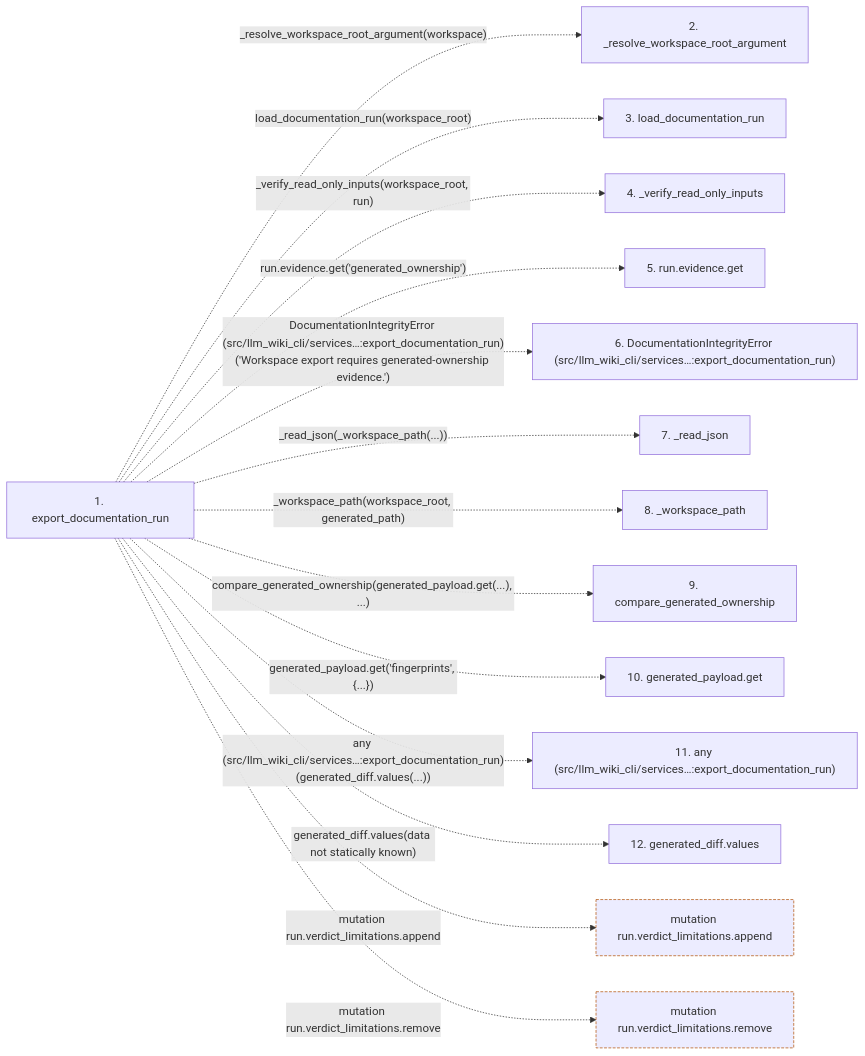
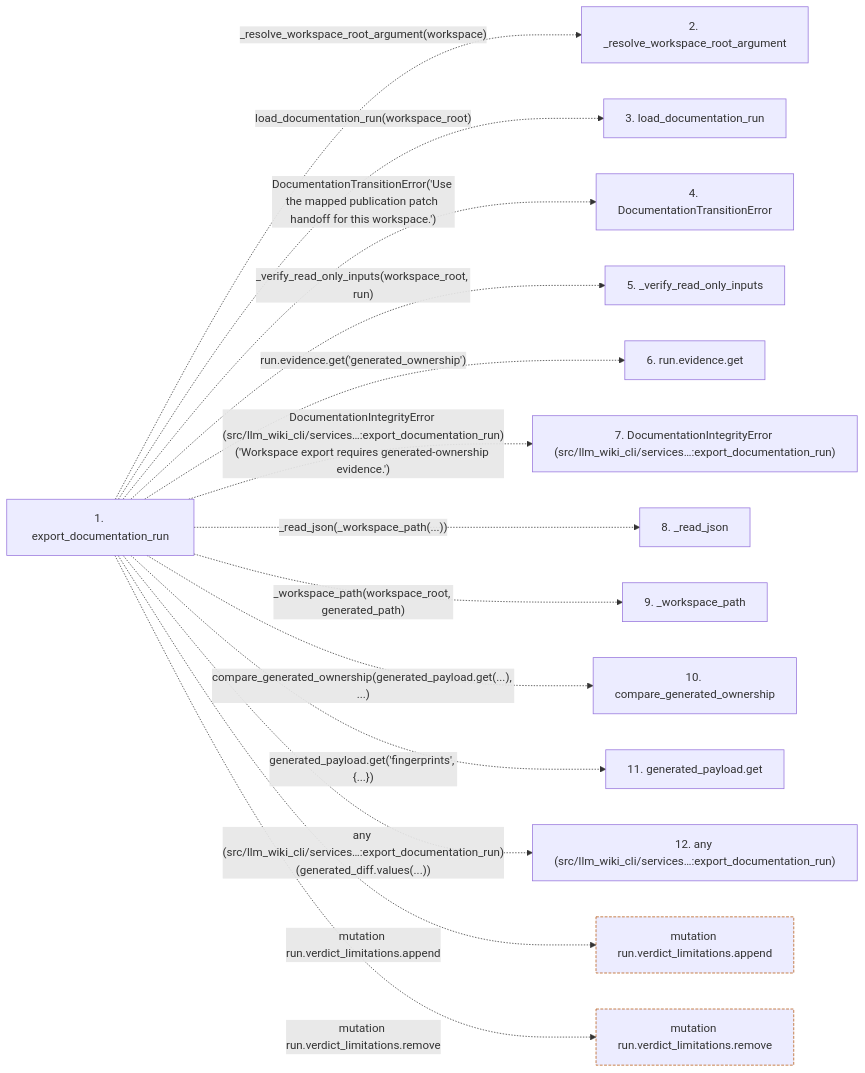
One commit to Denissvgn/python-wiki-llm changed the second of 2 diagrams in docs/llm_wiki/flows/api-export_documentation_run-export.md. Above: the diagram before and after it, drawn with Mermaid. The commit also changed other lines of this file and 375 other files, not shown here.

Commit message:
feat: propose independently reviewed patches for mapped wiki documentation

````diff
--- a/docs/llm_wiki/flows/api-export_documentation_run-export.md
+++ b/docs/llm_wiki/flows/api-export_documentation_run-export.md
@@ -143,34 +143,34 @@
 ```mermaid
 flowchart LR
     s1["1. export_documentation_run"]
     s2["2. _resolve_workspace_root_argument"]
     s3["3. load_documentation_run"]
-    s4["4. _verify_read_only_inputs"]
-    s5["5. run.evidence.get"]
-    s6["6. DocumentationIntegrityError (src/llm_wiki_cli/services…:export_documentation_run)"]
-    s7["7. _read_json"]
-    s8["8. _workspace_path"]
-    s9["9. compare_generated_ownership"]
-    s10["10. generated_payload.get"]
-    s11["11. any (src/llm_wiki_cli/services…:export_documentation_run)"]
-    s12["12. generated_diff.values"]
+    s4["4. DocumentationTransitionError"]
+    s5["5. _verify_read_only_inputs"]
+    s6["6. run.evidence.get"]
+    s7["7. DocumentationIntegrityError (src/llm_wiki_cli/services…:export_documentation_run)"]
+    s8["8. _read_json"]
+    s9["9. _workspace_path"]
+    s10["10. compare_generated_ownership"]
+    s11["11. generated_payload.get"]
+    s12["12. any (src/llm_wiki_cli/services…:export_documentation_run)"]
     s1 -. "_resolve_workspace_root_argument(workspace)" .-> s2
     s1 -. "load_documentation_run(workspace_root)" .-> s3
-    s1 -. "_verify_read_only_inputs(workspace_root, run)" .-> s4
-    s1 -. "run.evidence.get('generated_ownership')" .-> s5
-    s1 -. "DocumentationIntegrityError (src/llm_wiki_cli/services…:export_documentation_run)('Workspace export requires generated-ownership evidence.')" .-> s6
-    s1 -. "_read_json(_workspace_path(...))" .-> s7
-    s1 -. "_workspace_path(workspace_root, generated_path)" .-> s8
-    s1 -. "compare_generated_ownership(generated_payload.get(...), ...)" .-> s9
-    s1 -. "generated_payload.get('fingerprints', {...})" .-> s10
-    s1 -. "any (src/llm_wiki_cli/services…:export_documentation_run)(generated_diff.values(...))" .-> s11
-    s1 -. "generated_diff.values(data not statically known)" .-> s12
+    s1 -. "DocumentationTransitionError('Use the mapped publication patch handoff for this workspace.')" .-> s4
+    s1 -. "_verify_read_only_inputs(workspace_root, run)" .-> s5
+    s1 -. "run.evidence.get('generated_ownership')" .-> s6
+    s1 -. "DocumentationIntegrityError (src/llm_wiki_cli/services…:export_documentation_run)('Workspace export requires generated-ownership evidence.')" .-> s7
+    s1 -. "_read_json(_workspace_path(...))" .-> s8
+    s1 -. "_workspace_path(workspace_root, generated_path)" .-> s9
+    s1 -. "compare_generated_ownership(generated_payload.get(...), ...)" .-> s10
+    s1 -. "generated_payload.get('fingerprints', {...})" .-> s11
+    s1 -. "any (src/llm_wiki_cli/services…:export_documentation_run)(generated_diff.values(...))" .-> s12
     b0["mutation run.verdict_limitations.append"]
     s1 -. "mutation run.verdict_limitations.append" .-> b0
     b1["mutation run.verdict_limitations.remove"]
     s1 -. "mutation run.verdict_limitations.remove" .-> b1
     click s1 "../modules/export.md"
     classDef boundary stroke:#b45309,stroke-dasharray: 4 2
     class b0 boundary
     class b1 boundary
 ```
````
